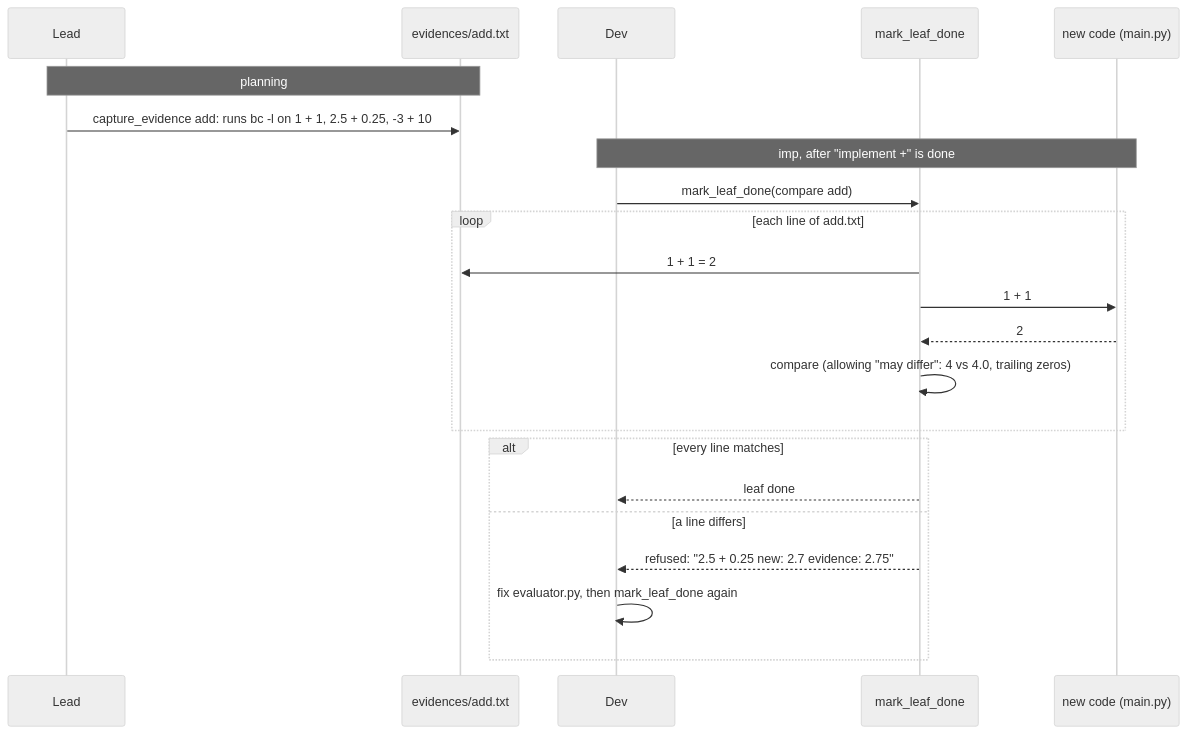
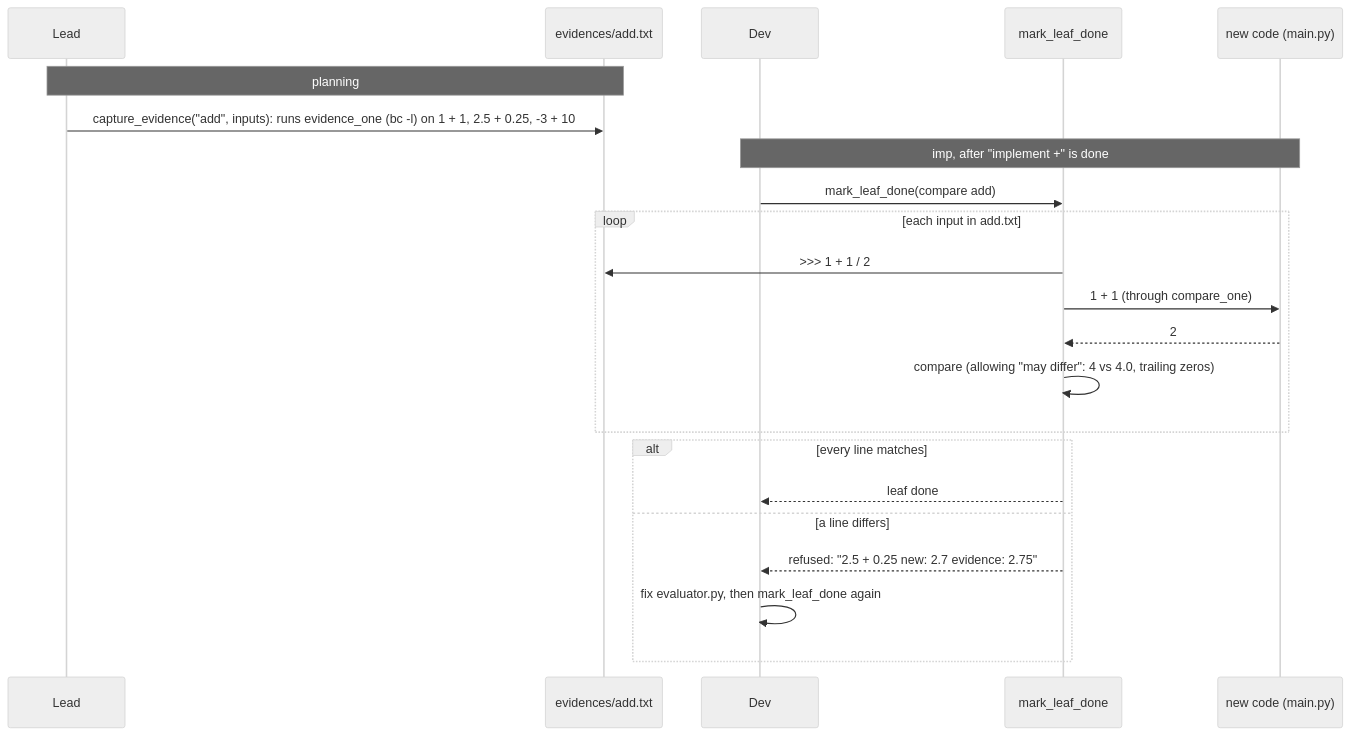
Before and after one commit to Tejasvedagiri/Just-Finish-It: the second of 2 diagrams in docs/old_new.md, drawn with Mermaid (neutral theme). The commit also changed other lines of this file and 28 other files, not shown here.

First line of the commit message:
Ground-truth evidence: plan, capture and check every task against it

````diff
--- a/docs/old_new.md
+++ b/docs/old_new.md
@@ -199,25 +214,25 @@
 ```mermaid
 sequenceDiagram
     participant Lead
     participant Ev as evidences/add.txt
     participant Dev
     participant Gate as mark_leaf_done
     participant New as new code (main.py)
 
     Note over Lead,Ev: planning
-    Lead->>Ev: capture_evidence add: runs bc -l on 1 + 1, 2.5 + 0.25, -3 + 10
+    Lead->>Ev: capture_evidence("add", inputs): runs evidence_one (bc -l) on 1 + 1, 2.5 + 0.25, -3 + 10
     Note over Dev,New: imp, after "implement +" is done
     Dev->>Gate: mark_leaf_done(compare add)
-    loop each line of add.txt
-        Gate->>Ev: 1 + 1 = 2
-        Gate->>New: 1 + 1
+    loop each input in add.txt
+        Gate->>Ev: >>> 1 + 1 / 2
+        Gate->>New: 1 + 1 (through compare_one)
         New-->>Gate: 2
         Gate->>Gate: compare (allowing "may differ": 4 vs 4.0, trailing zeros)
     end
     alt every line matches
         Gate-->>Dev: leaf done
     else a line differs
         Gate-->>Dev: refused: "2.5 + 0.25  new: 2.7  evidence: 2.75"
         Dev->>Dev: fix evaluator.py, then mark_leaf_done again
     end
 ```
````
